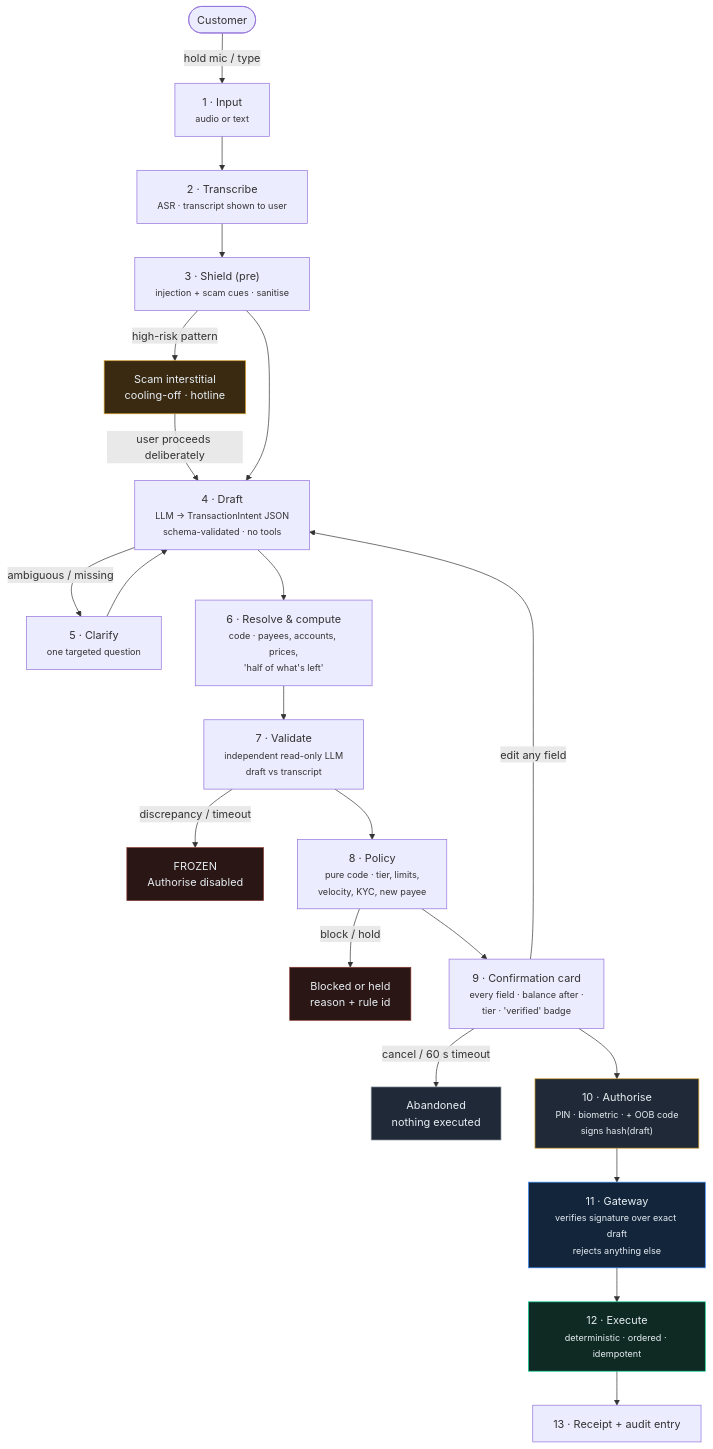
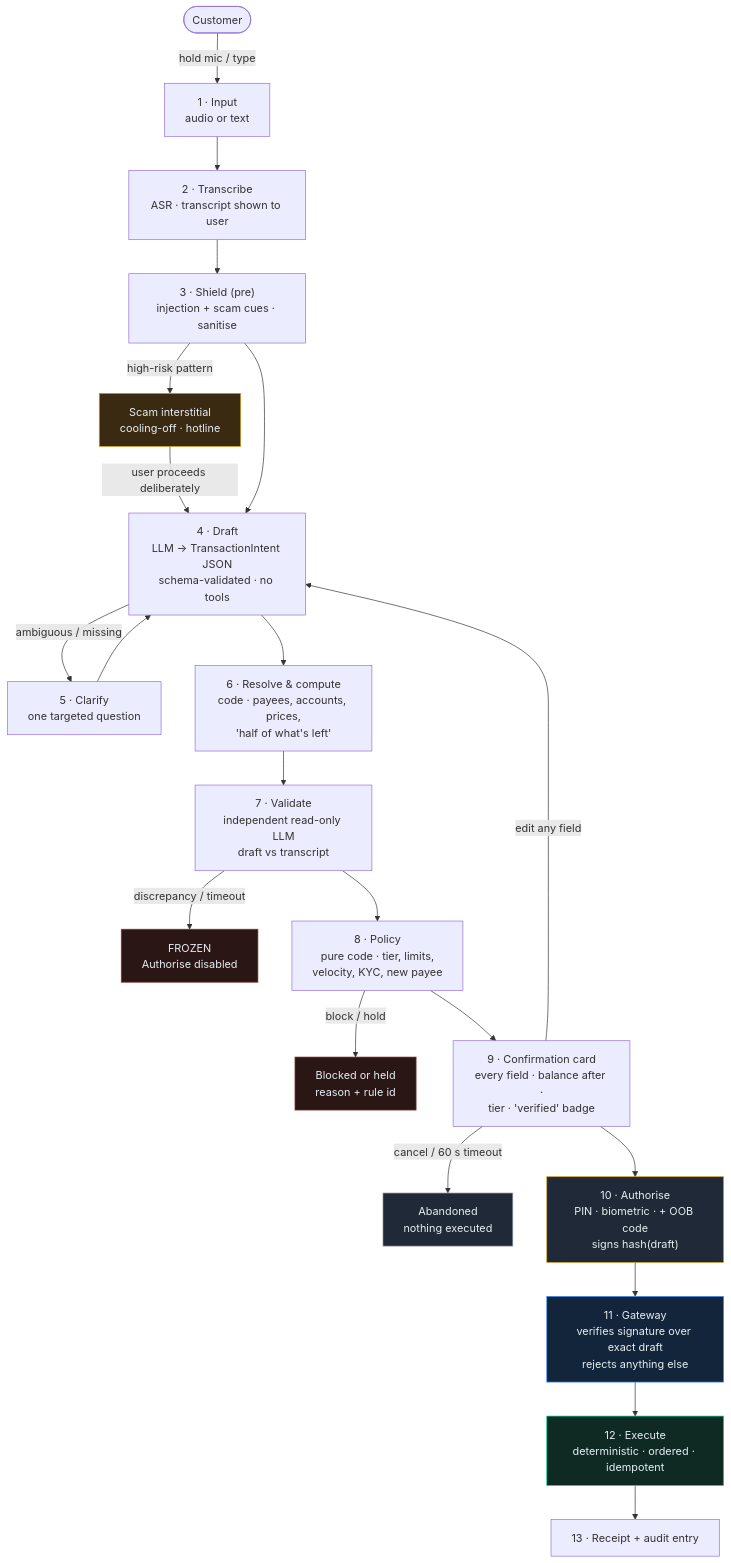
Before and after one commit to aljabrialam/tencent-cloud-ai-hackathon-sg-2026: the first of 4 diagrams in docs/business-flow.md, drawn with Mermaid. The commit also changed other lines of this file and 2 other files, not shown here.

Commit message:
Fix mermaid label drift — drop <small> tags
Mermaid sizes nodes before applying HTML labels, so <small> sub-text
wrapped outside the node box. Plain <br/> line breaks now; text stays
inside the nodes in all three diagram files.

Generated with [Devin](https://devin.ai)

````diff
--- a/docs/business-flow.md
+++ b/docs/business-flow.md
@@ -26,31 +26,31 @@
 ```mermaid
 flowchart TB
-  U([Customer]) -->|hold mic / type| IN["1 · Input<br/><small>audio or text</small>"]
-  IN --> ASR["2 · Transcribe<br/><small>ASR · transcript shown to user</small>"]
-  ASR --> SH1["3 · Shield (pre)<br/><small>injection + scam cues · sanitise</small>"]
+  U([Customer]) -->|hold mic / type| IN["1 · Input<br/>audio or text"]
+  IN --> ASR["2 · Transcribe<br/>ASR · transcript shown to user"]
+  ASR --> SH1["3 · Shield (pre)<br/>injection + scam cues · sanitise"]
   SH1 -->|"high-risk pattern"| SCAM["Scam interstitial<br/>cooling-off · hotline"]
   SCAM -->|"user proceeds deliberately"| DR
-  SH1 --> DR["4 · Draft<br/><small>LLM → TransactionIntent JSON<br/>schema-validated · no tools</small>"]
-  DR -->|"ambiguous / missing"| CL["5 · Clarify<br/><small>one targeted question</small>"]
+  SH1 --> DR["4 · Draft<br/>LLM → TransactionIntent JSON<br/>schema-validated · no tools"]
+  DR -->|"ambiguous / missing"| CL["5 · Clarify<br/>one targeted question"]
   CL --> DR
-  DR --> RES["6 · Resolve & compute<br/><small>code · payees, accounts, prices,<br/>'half of what's left'</small>"]
-  RES --> VAL["7 · Validate<br/><small>independent read-only LLM<br/>draft vs transcript</small>"]
+  DR --> RES["6 · Resolve & compute<br/>code · payees, accounts, prices,<br/>'half of what's left'"]
+  RES --> VAL["7 · Validate<br/>independent read-only LLM<br/>draft vs transcript"]
   VAL -->|"discrepancy / timeout"| FRZ["FROZEN<br/>Authorise disabled"]
-  VAL --> POL["8 · Policy<br/><small>pure code · tier, limits,<br/>velocity, KYC, new payee</small>"]
+  VAL --> POL["8 · Policy<br/>pure code · tier, limits,<br/>velocity, KYC, new payee"]
   POL -->|"block / hold"| BLK["Blocked or held<br/>reason + rule id"]
-  POL --> CARD["9 · Confirmation card<br/><small>every field · balance after ·<br/>tier · 'verified' badge</small>"]
+  POL --> CARD["9 · Confirmation card<br/>every field · balance after ·<br/>tier · 'verified' badge"]
   CARD -->|"edit any field"| DR
   CARD -->|"cancel / 60 s timeout"| ABN["Abandoned<br/>nothing executed"]
-  CARD --> AUTH["10 · Authorise<br/><small>PIN · biometric · + OOB code<br/>signs hash(draft)</small>"]
-  AUTH --> GW["11 · Gateway<br/><small>verifies signature over exact draft<br/>rejects anything else</small>"]
-  GW --> EX["12 · Execute<br/><small>deterministic · ordered · idempotent</small>"]
+  CARD --> AUTH["10 · Authorise<br/>PIN · biometric · + OOB code<br/>signs hash(draft)"]
+  AUTH --> GW["11 · Gateway<br/>verifies signature over exact draft<br/>rejects anything else"]
+  GW --> EX["12 · Execute<br/>deterministic · ordered · idempotent"]
   EX --> RC["13 · Receipt + audit entry"]
 
   style FRZ fill:#2A1614,stroke:#8B3A34,color:#E6EDF3
   style BLK fill:#2A1614,stroke:#8B3A34,color:#E6EDF3
   style SCAM fill:#3A2A12,stroke:#D29922,color:#E6EDF3
   style ABN fill:#1F2937,stroke:#8B949E,color:#E6EDF3
   style AUTH fill:#1F2937,stroke:#D29922,color:#E6EDF3
   style GW fill:#12253A,stroke:#388BFD,color:#E6EDF3
   style EX fill:#0F2A22,stroke:#00D492,color:#E6EDF3
 ```
````
